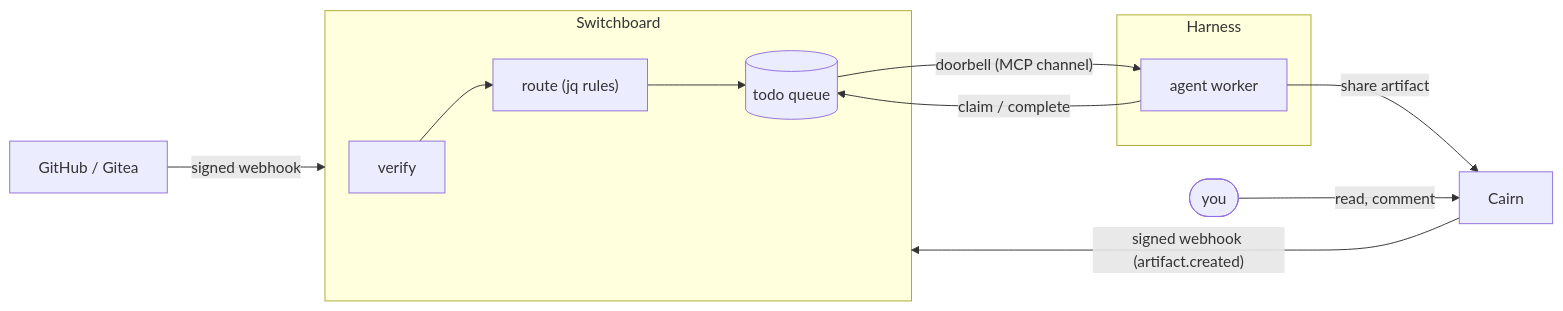
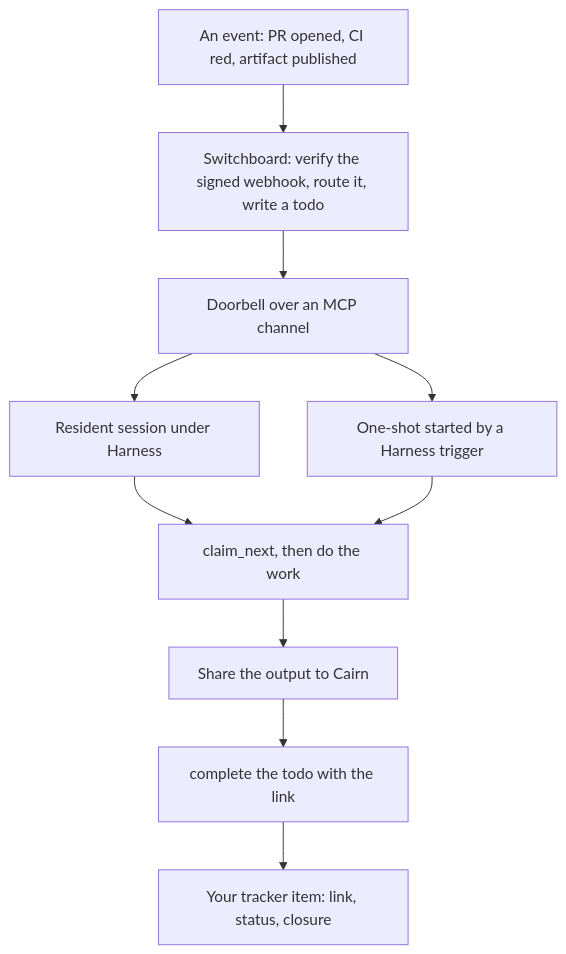
The diagram in docs/guides/harness-switchboard-cairn.md (stump-wtf/harness), drawn with Mermaid before and after one commit. The commit also changed other lines of this file and 3 other files, not shown here.

````diff
--- a/docs/guides/harness-switchboard-cairn.md
+++ b/docs/guides/harness-switchboard-cairn.md
@@ -29,15 +32,12 @@
 ```mermaid
-flowchart LR
-  forge["GitHub / Gitea"] -- signed webhook --> sb
-  cairn -- "signed webhook (artifact.created)" --> sb
-  subgraph sb["Switchboard"]
-    verify["verify"] --> route["route (jq rules)"] --> queue[("todo queue")]
-  end
-  queue -- "doorbell (MCP channel)" --> worker
-  subgraph harness["Harness"]
-    worker["agent worker"]
-  end
-  worker -- "claim / complete" --> queue
-  worker -- "share artifact" --> cairn["Cairn"]
-  human(["you"]) -- "read, comment" --> cairn
+flowchart TD
+  ev["An event: PR opened, CI red, artifact published"] --> sb["Switchboard: verify the signed webhook, route it, write a todo"]
+  sb --> ring["Doorbell over an MCP channel"]
+  ring --> resident["Resident session under Harness"]
+  ring --> oneshot["One-shot started by a Harness trigger"]
+  resident --> claim["claim_next, then do the work"]
+  oneshot --> claim
+  claim --> art["Share the output to Cairn"]
+  art --> done["complete the todo with the link"]
+  done --> tracker["Your tracker item: link, status, closure"]
 ```
````
